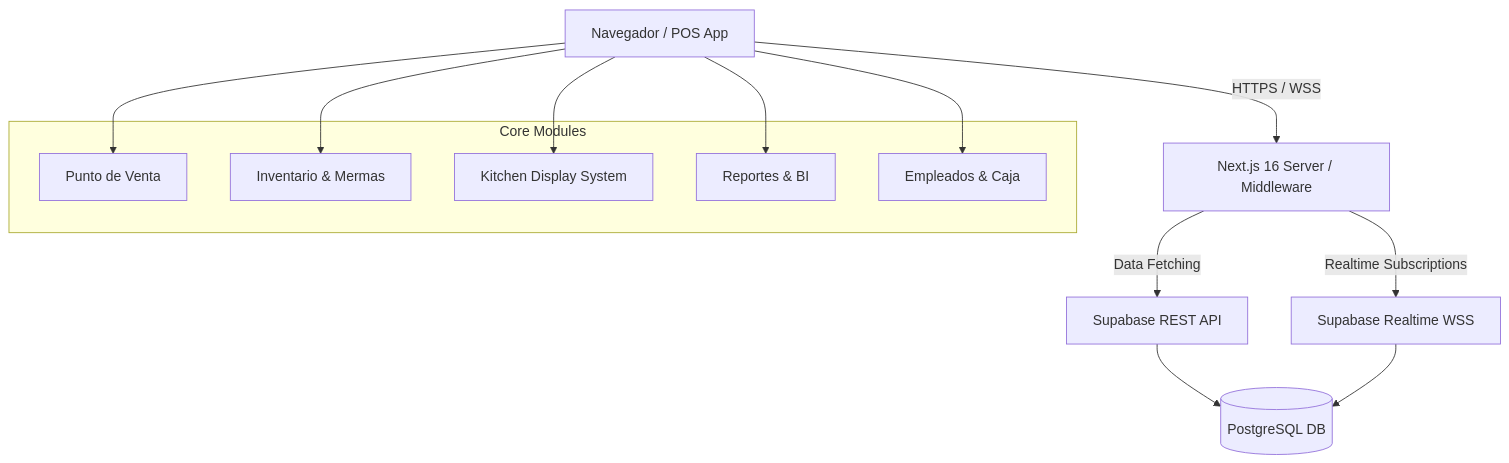
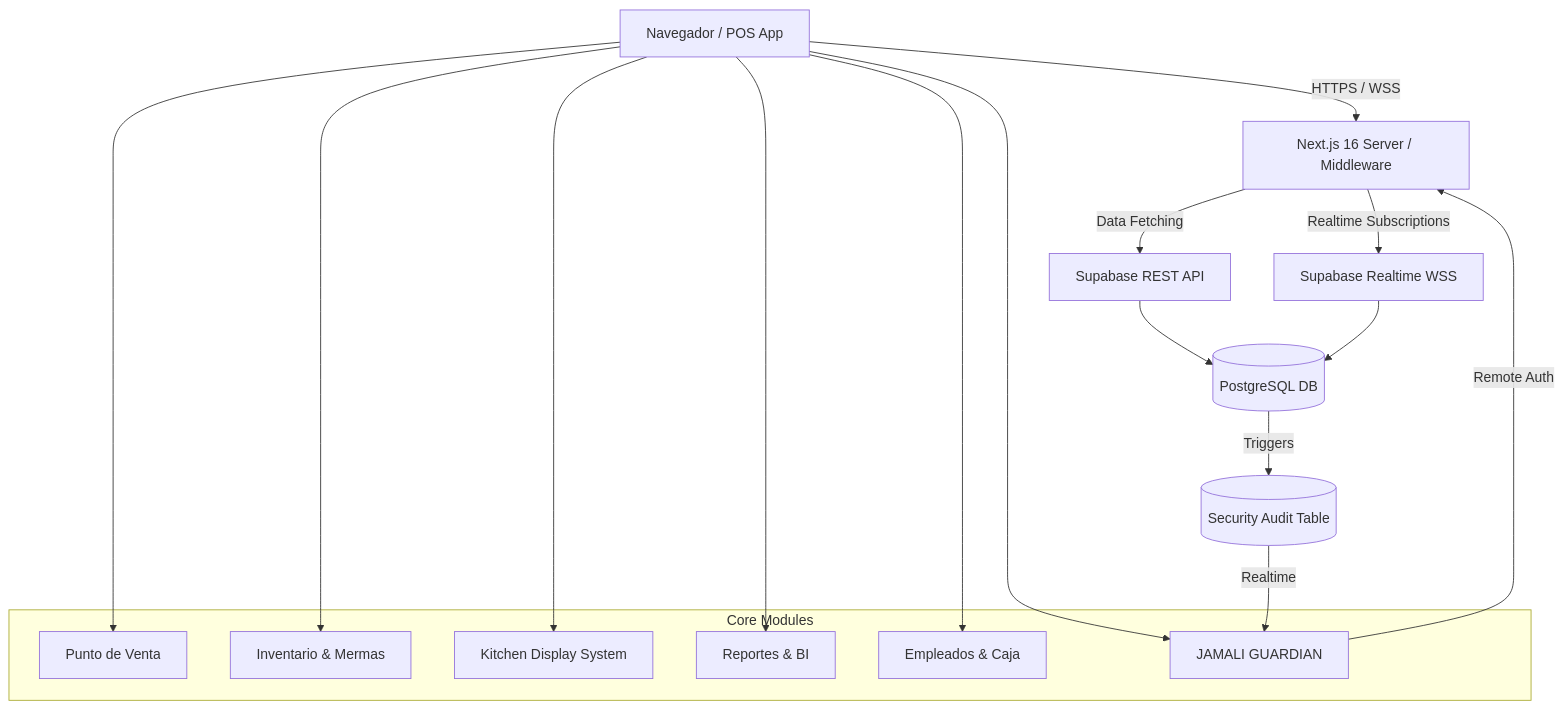
Before and after one commit to mejai84/jamaliso: the first of 2 diagrams in docs/ARCHITECTURE_JAMALISO.md, drawn with Mermaid. The commit also changed other lines of this file and 37 other files, not shown here.

Commit message:
feat: JAMALI GUARDIAN Elite & PAYROLL PRO Legal Upgrade (Phase 3-4 & Colombian Compliance)

````diff
--- a/docs/ARCHITECTURE_JAMALISO.md
+++ b/docs/ARCHITECTURE_JAMALISO.md
@@ -21,22 +21,29 @@
 ```mermaid
 graph TD
     Client[Navegador / POS App] -->|HTTPS / WSS| Nextjs[Next.js 16 Server / Middleware]
     Nextjs -->|Data Fetching| SupabaseAPI[Supabase REST API]
     Nextjs -->|Realtime Subscriptions| SupabaseWSS[Supabase Realtime WSS]
     SupabaseAPI --> Postgres[(PostgreSQL DB)]
     SupabaseWSS --> Postgres
     
     subgraph Core Modules
     POS[Punto de Venta]
     INV[Inventario & Mermas]
     KIT[Kitchen Display System]
     REP[Reportes & BI]
     USR[Empleados & Caja]
+    GRD[JAMALI GUARDIAN]
     end
     
     Client --> POS
     Client --> INV
     Client --> KIT
     Client --> REP
     Client --> USR
+    Client --> GRD
+
+    %% Intelligence Layer
+    Postgres -->|Triggers| Audit[(Security Audit Table)]
+    Audit -->|Realtime| GRD
+    GRD -->|Remote Auth| Nextjs
 ```
````
